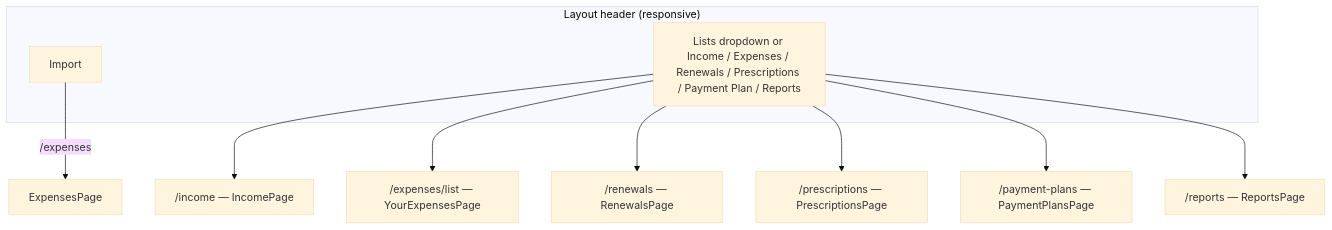
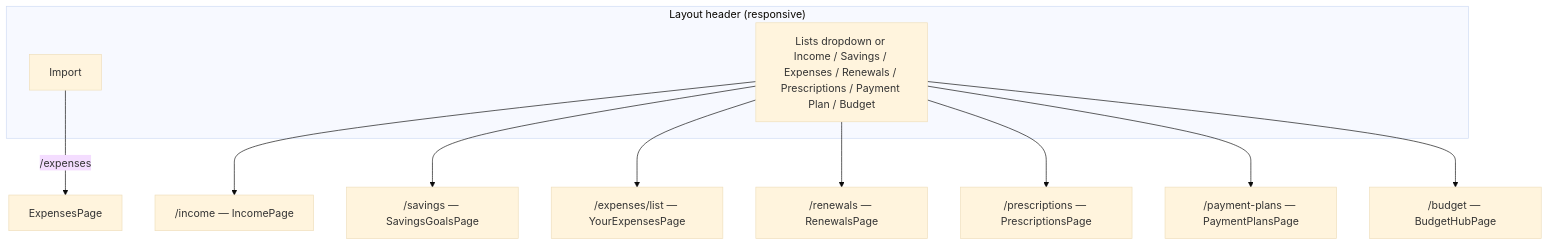
Before and after one commit to becomeonewiththecode/expense_tracker: the seventh of 20 diagrams in docs/ARCHITECTURE_DIAGRAM.md, drawn with Mermaid (base theme). The commit also changed other lines of this file and 45 other files, not shown here.

First line of the commit message:
Budget hub, savings/import rules/bank/advisor features, and doc updates

````diff
--- a/docs/ARCHITECTURE_DIAGRAM.md
+++ b/docs/ARCHITECTURE_DIAGRAM.md
@@ -287,14 +287,15 @@
 ```mermaid
 flowchart TB
   subgraph hdr ["Layout header (responsive)"]
     IMP[Import]
-    NAV["Lists dropdown or Income / Expenses / Renewals / Prescriptions / Payment Plan / Reports"]
+    NAV["Lists dropdown or Income / Savings / Expenses / Renewals / Prescriptions / Payment Plan / Budget"]
   end
   IMP -->|"/expenses"| EPn[ExpensesPage]
   NAV --> L0["/income — IncomePage"]
+  NAV --> Ls["/savings — SavingsGoalsPage"]
   NAV --> L1["/expenses/list — YourExpensesPage"]
   NAV --> L2["/renewals — RenewalsPage"]
   NAV --> L3["/prescriptions — PrescriptionsPage"]
   NAV --> L4["/payment-plans — PaymentPlansPage"]
-  NAV --> L5["/reports — ReportsPage"]
+  NAV --> L5["/budget — BudgetHubPage"]
 ```
````
